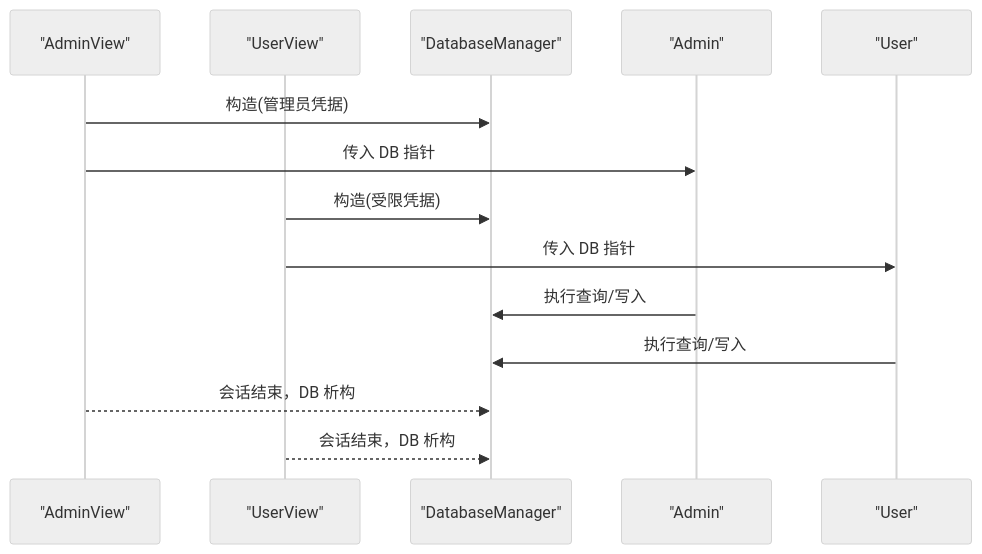
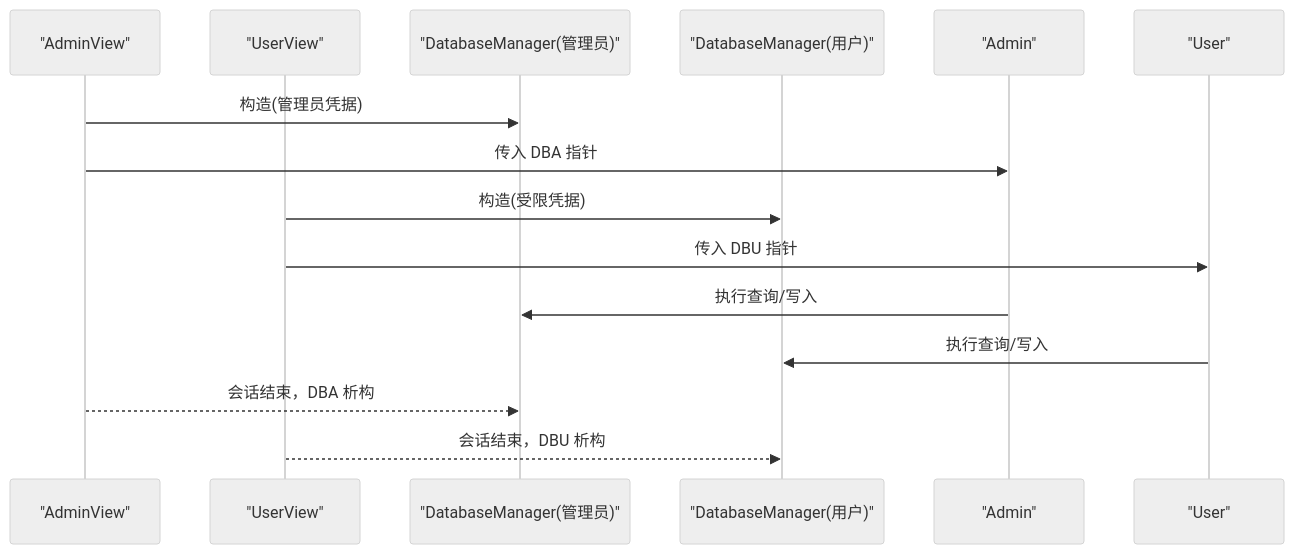
Before and after one commit to jinpeng900/OJ-Test: the fifth of 8 diagrams in .qoder/repowiki/zh/content/系统架构设计/组件交互与数据流.md, drawn with Mermaid (neutral theme). The commit also changed other lines of this file and 44 other files, not shown here.

````diff
--- a/.qoder/repowiki/zh/content/系统架构设计/组件交互与数据流.md
+++ b/.qoder/repowiki/zh/content/系统架构设计/组件交互与数据流.md
@@ -191,16 +202,17 @@
 ```mermaid
 sequenceDiagram
 participant AV as "AdminView"
 participant UV as "UserView"
-participant DB as "DatabaseManager"
+participant DBA as "DatabaseManager(管理员)"
+participant DBU as "DatabaseManager(用户)"
 participant AD as "Admin"
 participant US as "User"
-AV->>DB : 构造(管理员凭据)
-AV->>AD : 传入 DB 指针
-UV->>DB : 构造(受限凭据)
-UV->>US : 传入 DB 指针
-AD->>DB : 执行查询/写入
-US->>DB : 执行查询/写入
-AV-->>DB : 会话结束，DB 析构
-UV-->>DB : 会话结束，DB 析构
+AV->>DBA : 构造(管理员凭据)
+AV->>AD : 传入 DBA 指针
+UV->>DBU : 构造(受限凭据)
+UV->>US : 传入 DBU 指针
+AD->>DBA : 执行查询/写入
+US->>DBU : 执行查询/写入
+AV-->>DBA : 会话结束，DBA 析构
+UV-->>DBU : 会话结束，DBU 析构
 ```
````
